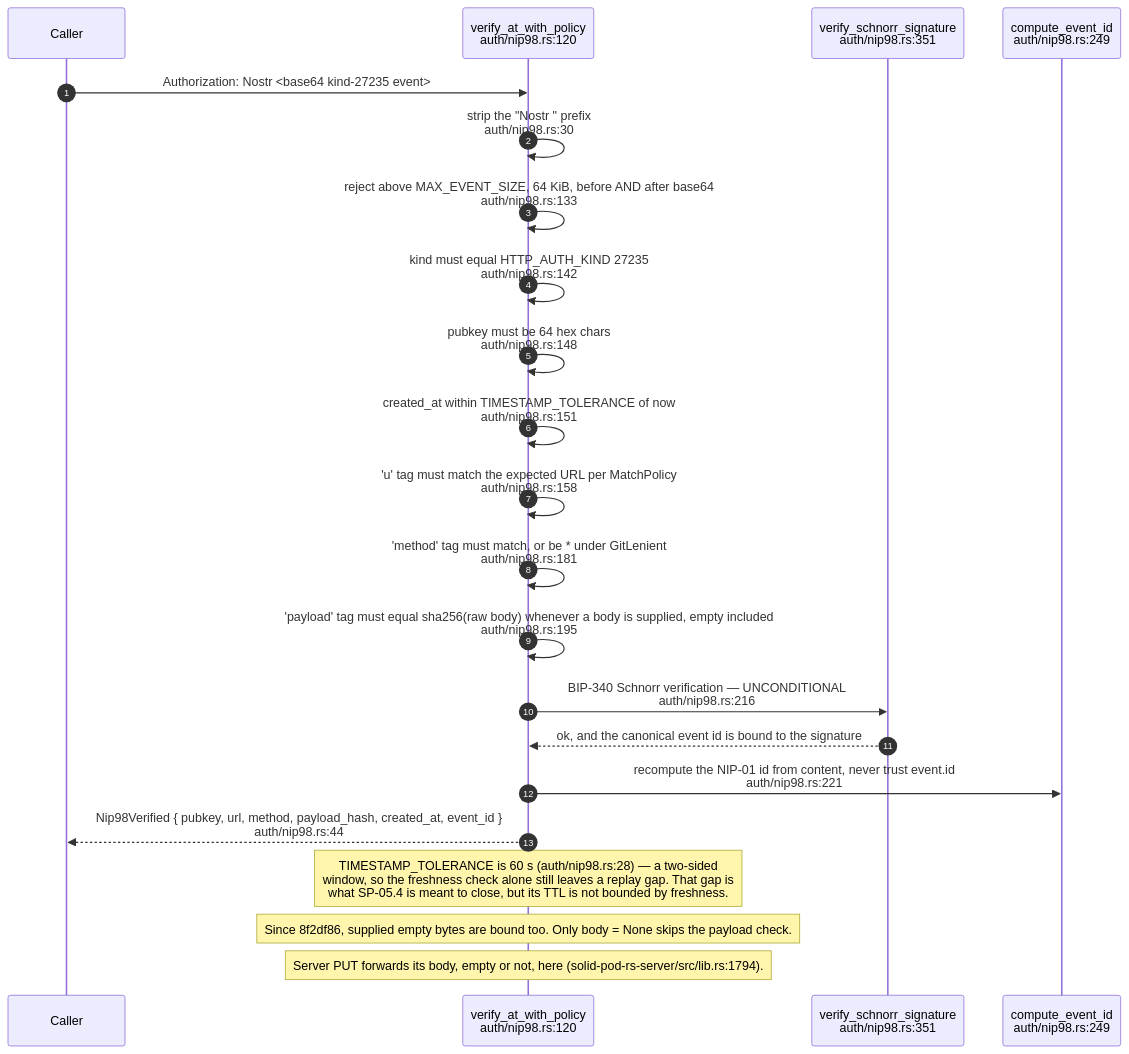
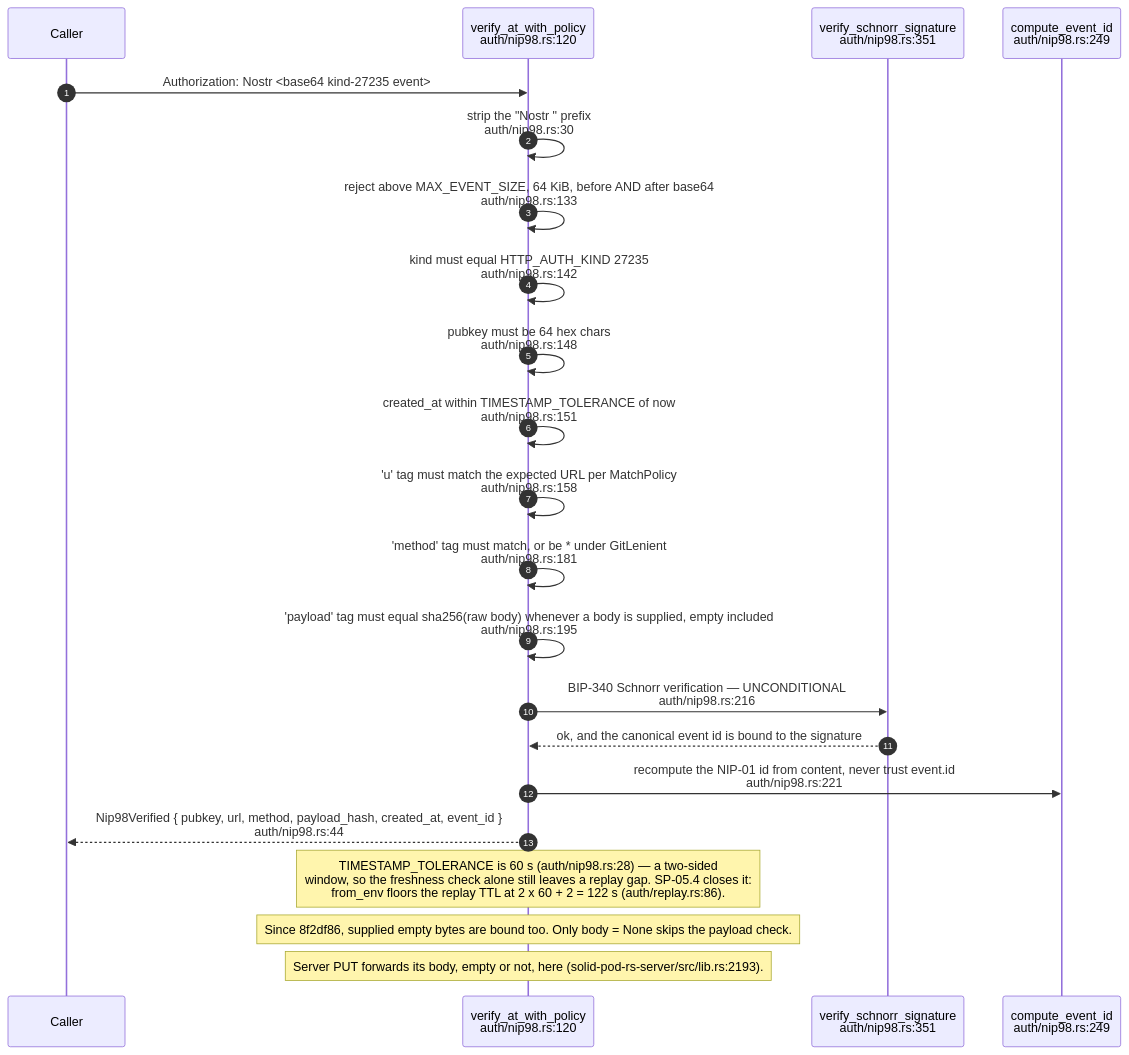
One commit to DreamLab-AI/VisionFlow changed the second of 18 diagrams in docs/diagrams/solid-pod-rs/05-identity-nip98-did-oidc.md. Above: the diagram before and after it, drawn with Mermaid. The commit also changed other lines of this file and 2 other files, not shown here.

First line of the commit message:
docs(diagrams): SP-05, SP-11, SP-12 re-verified at solid-pod-rs a28a748

````diff
--- a/docs/diagrams/solid-pod-rs/05-identity-nip98-did-oidc.md
+++ b/docs/diagrams/solid-pod-rs/05-identity-nip98-did-oidc.md
@@ -91,25 +92,25 @@
 ```mermaid
 sequenceDiagram
     autonumber
     participant C as Caller
     participant V as verify_at_with_policy<br/>auth/nip98.rs:120
     participant S as verify_schnorr_signature<br/>auth/nip98.rs:351
     participant ID as compute_event_id<br/>auth/nip98.rs:249
 
     C->>V: Authorization: Nostr <base64 kind-27235 event>
     V->>V: strip the "Nostr " prefix<br/>auth/nip98.rs:30
     V->>V: reject above MAX_EVENT_SIZE, 64 KiB, before AND after base64<br/>auth/nip98.rs:133
     V->>V: kind must equal HTTP_AUTH_KIND 27235<br/>auth/nip98.rs:142
     V->>V: pubkey must be 64 hex chars<br/>auth/nip98.rs:148
     V->>V: created_at within TIMESTAMP_TOLERANCE of now<br/>auth/nip98.rs:151
     V->>V: 'u' tag must match the expected URL per MatchPolicy<br/>auth/nip98.rs:158
     V->>V: 'method' tag must match, or be * under GitLenient<br/>auth/nip98.rs:181
     V->>V: 'payload' tag must equal sha256(raw body) whenever a body is supplied, empty included<br/>auth/nip98.rs:195
     V->>S: BIP-340 Schnorr verification — UNCONDITIONAL<br/>auth/nip98.rs:216
     S-->>V: ok, and the canonical event id is bound to the signature
     V->>ID: recompute the NIP-01 id from content, never trust event.id<br/>auth/nip98.rs:221
     V-->>C: Nip98Verified { pubkey, url, method, payload_hash, created_at, event_id }<br/>auth/nip98.rs:44
-    Note over V: TIMESTAMP_TOLERANCE is 60 s (auth/nip98.rs:28) — a two-sided<br/>window, so the freshness check alone still leaves a replay gap. That gap is<br/>what SP-05.4 is meant to close, but its TTL is not bounded by freshness.
+    Note over V: TIMESTAMP_TOLERANCE is 60 s (auth/nip98.rs:28) — a two-sided<br/>window, so the freshness check alone still leaves a replay gap. SP-05.4 closes it:<br/>from_env floors the replay TTL at 2 x 60 + 2 = 122 s (auth/replay.rs:86).
     Note over V: Since 8f2df86, supplied empty bytes are bound too. Only body = None skips the payload check.
-    Note over V: Server PUT forwards its body, empty or not, here (solid-pod-rs-server/src/lib.rs:1794).
+    Note over V: Server PUT forwards its body, empty or not, here (solid-pod-rs-server/src/lib.rs:2193).
 ```
````
